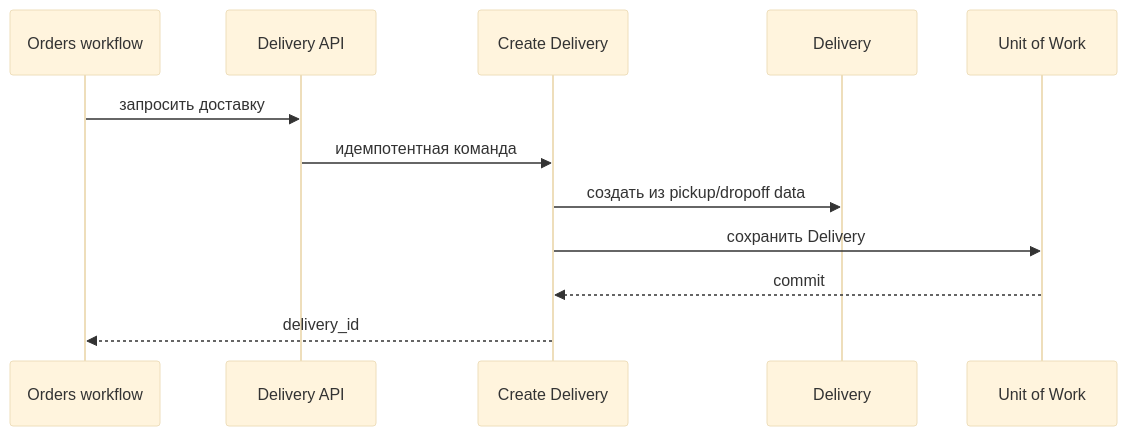
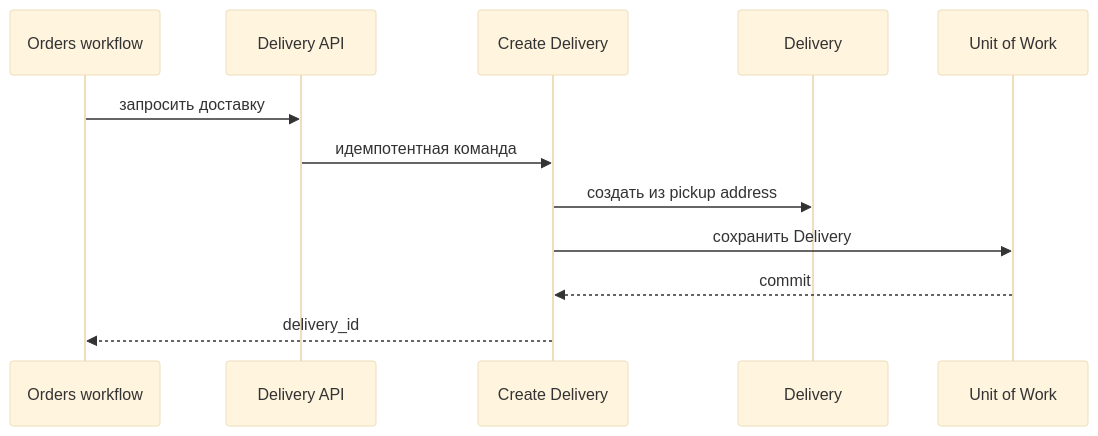
One commit to batazor/nomnom changed the diagram in boundaries/delivery/slices/delivery/applications/create_delivery/README.md. Above: the diagram before and after it, drawn with Mermaid (base theme). The commit also changed other lines of this file and 114 other files, not shown here.

First line of the commit message:
feat: drop delivery address from the project

````diff
--- a/boundaries/delivery/slices/delivery/applications/create_delivery/README.md
+++ b/boundaries/delivery/slices/delivery/applications/create_delivery/README.md
@@ -18,14 +18,14 @@
 ```mermaid
 sequenceDiagram
     participant Workflow as Orders workflow
     participant API as Delivery API
     participant App as Create Delivery
     participant Delivery
     participant Store as Unit of Work
     Workflow->>API: запросить доставку
     API->>App: идемпотентная команда
-    App->>Delivery: создать из pickup/dropoff data
+    App->>Delivery: создать из pickup address
     App->>Store: сохранить Delivery
     Store-->>App: commit
     App-->>Workflow: delivery_id
 ```
````
